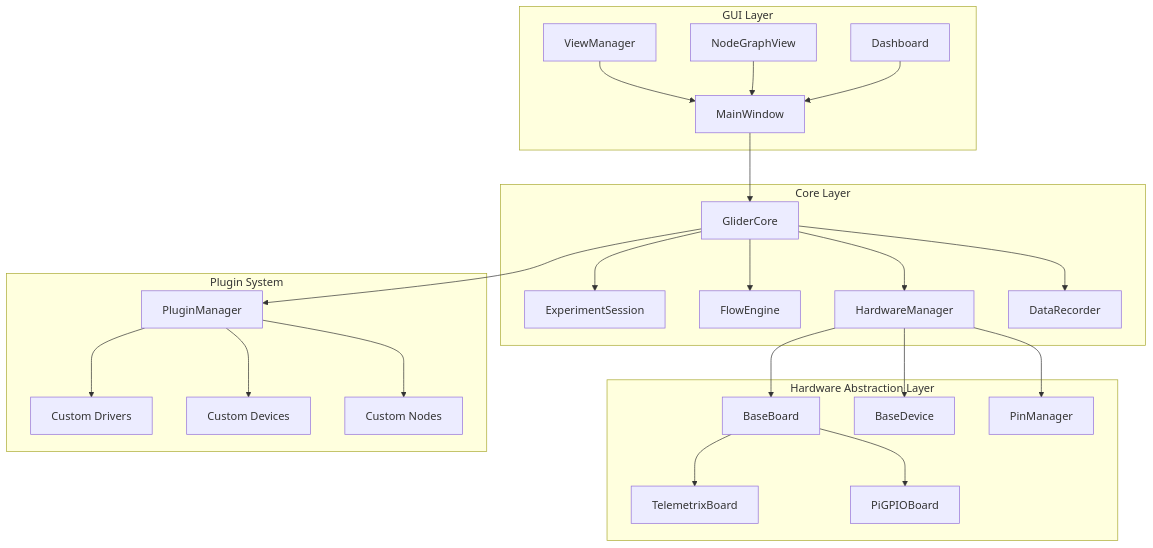
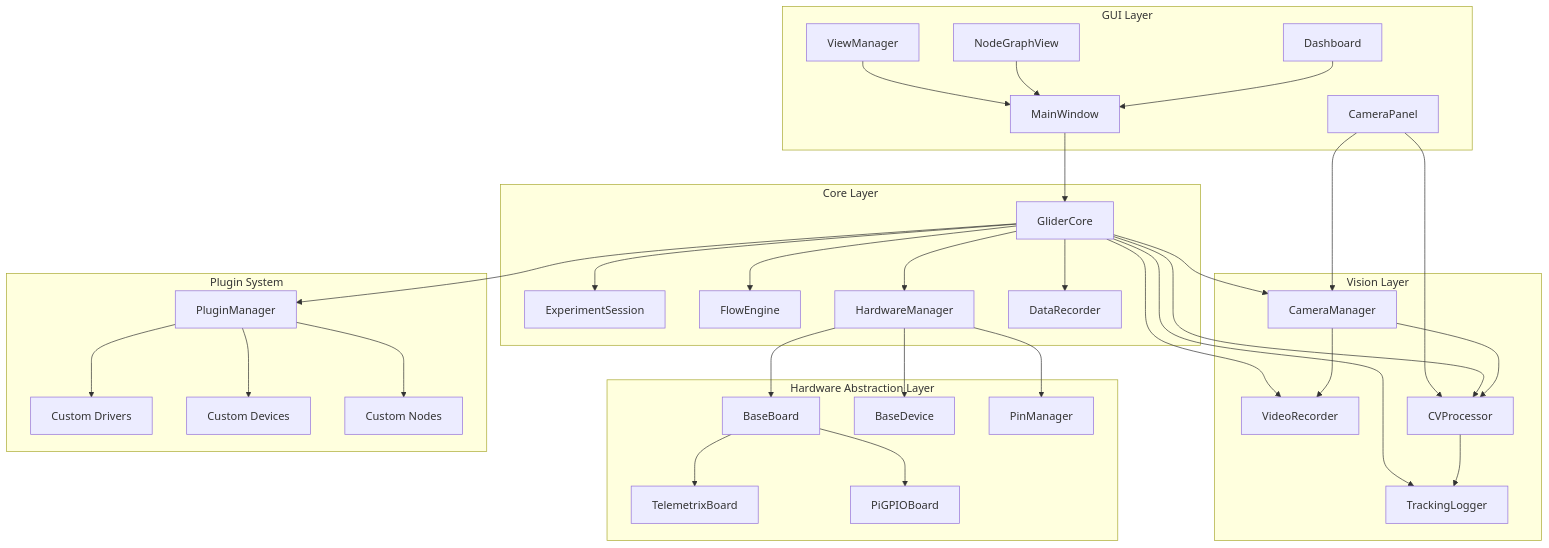
One commit to gbradham/glider changed the first of 12 diagrams in docs/developer-guide/architecture.md. Above: the diagram before and after it, drawn with Mermaid. The commit also changed other lines of this file and 6 other files, not shown here.

````diff
--- a/docs/developer-guide/architecture.md
+++ b/docs/developer-guide/architecture.md
@@ -16,53 +16,71 @@
 ```mermaid
 graph TB
     subgraph GUI["GUI Layer"]
         MW[MainWindow]
         VM[ViewManager]
         NG[NodeGraphView]
         DB[Dashboard]
+        CP[CameraPanel]
     end
 
     subgraph Core["Core Layer"]
         GC[GliderCore]
         ES[ExperimentSession]
         FE[FlowEngine]
         HM[HardwareManager]
         DR[DataRecorder]
+    end
+
+    subgraph Vision["Vision Layer"]
+        CM[CameraManager]
+        VR[VideoRecorder]
+        CVP[CVProcessor]
+        TL[TrackingLogger]
     end
 
     subgraph HAL["Hardware Abstraction Layer"]
         BB[BaseBoard]
         BD[BaseDevice]
         PM[PinManager]
         TB[TelemetrixBoard]
         PB[PiGPIOBoard]
     end
 
     subgraph Plugins["Plugin System"]
         PLM[PluginManager]
         DRV[Custom Drivers]
         DEV[Custom Devices]
         NOD[Custom Nodes]
     end
 
     MW --> GC
     VM --> MW
     NG --> MW
     DB --> MW
+    CP --> CM
+    CP --> CVP
 
     GC --> ES
     GC --> FE
     GC --> HM
     GC --> DR
+    GC --> CM
+    GC --> VR
+    GC --> CVP
+    GC --> TL
+
+    CM --> VR
+    CM --> CVP
+    CVP --> TL
 
     HM --> BB
     HM --> BD
     HM --> PM
     BB --> TB
     BB --> PB
 
     PLM --> DRV
     PLM --> DEV
     PLM --> NOD
     GC --> PLM
 ```
````
